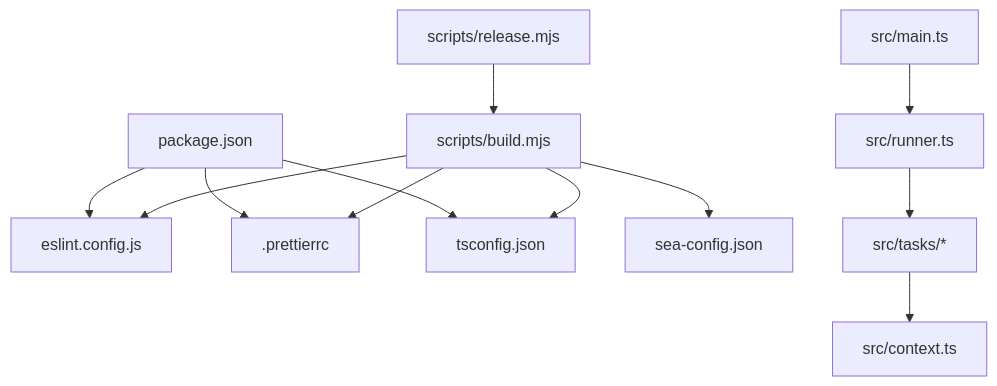
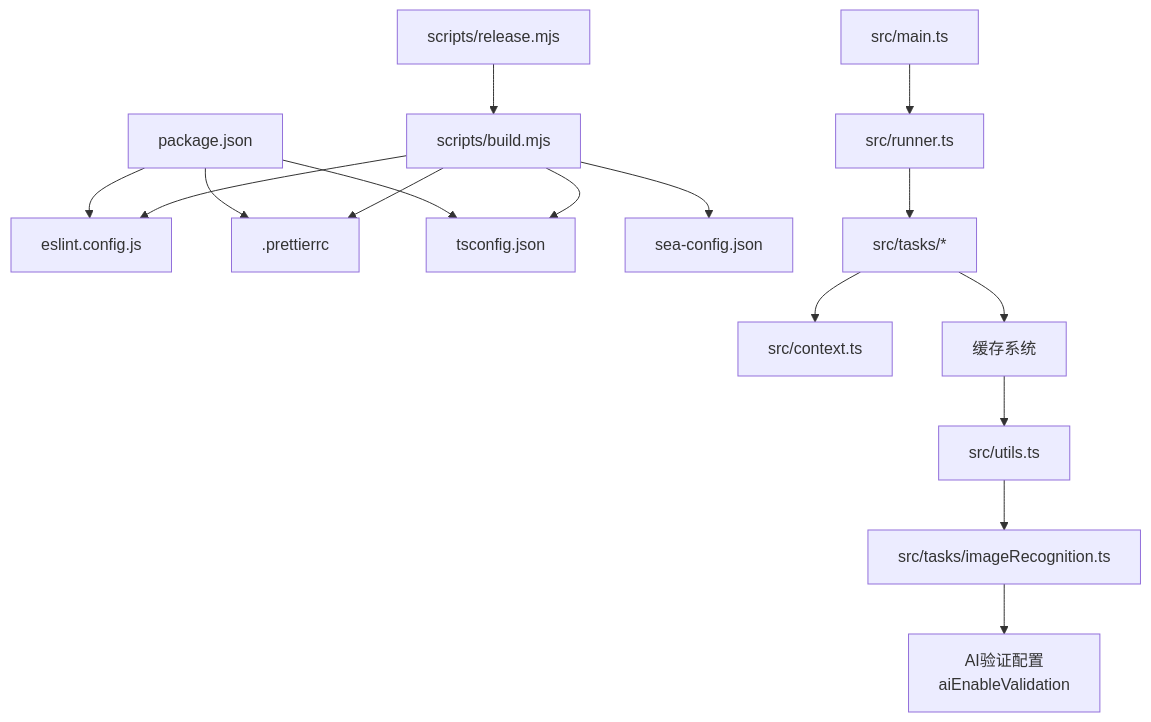
One commit to hllshiro/doc2md-cli changed the third of 3 diagrams in .qoder/repowiki/zh/content/API 参考文档/配置选项API.md. Above: the diagram before and after it, drawn with Mermaid. The commit also changed other lines of this file and 4 other files, not shown here.

First line of the commit message:
feat(utils): 新增AI图片识别超时配置和控制功能

````diff
--- a/.qoder/repowiki/zh/content/API 参考文档/配置选项API.md
+++ b/.qoder/repowiki/zh/content/API 参考文档/配置选项API.md
@@ -317,14 +383,18 @@
 ```mermaid
 graph TB
 PKG["package.json"] --> ESL["eslint.config.js"]
 PKG --> PRET[".prettierrc"]
 PKG --> TSC["tsconfig.json"]
 BLD["scripts/build.mjs"] --> SEA["sea-config.json"]
 BLD --> TSC
 BLD --> ESL
 BLD --> PRET
 REL["scripts/release.mjs"] --> BLD
 SRC["src/main.ts"] --> RUN["src/runner.ts"]
 RUN --> TASKS["src/tasks/*"]
 TASKS --> CTX["src/context.ts"]
+TASKS --> CACHE["缓存系统"]
+CACHE --> UTILS["src/utils.ts"]
+UTILS --> IMAGE_TASK["src/tasks/imageRecognition.ts"]
+IMAGE_TASK --> AI_CONFIG["AI验证配置<br/>aiEnableValidation"]
 ```
````
